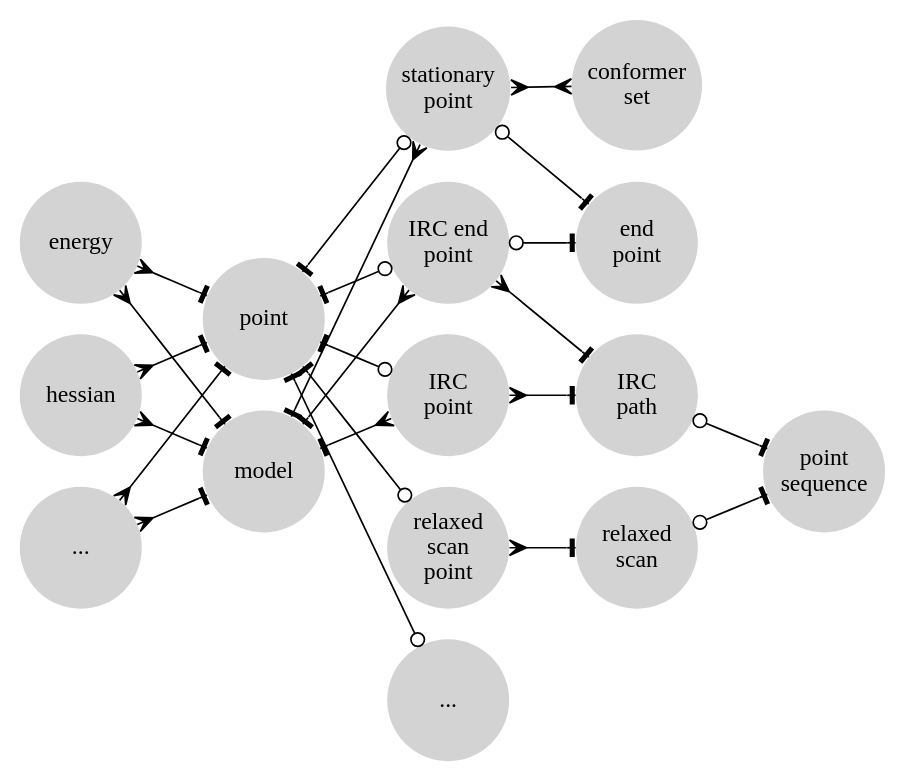
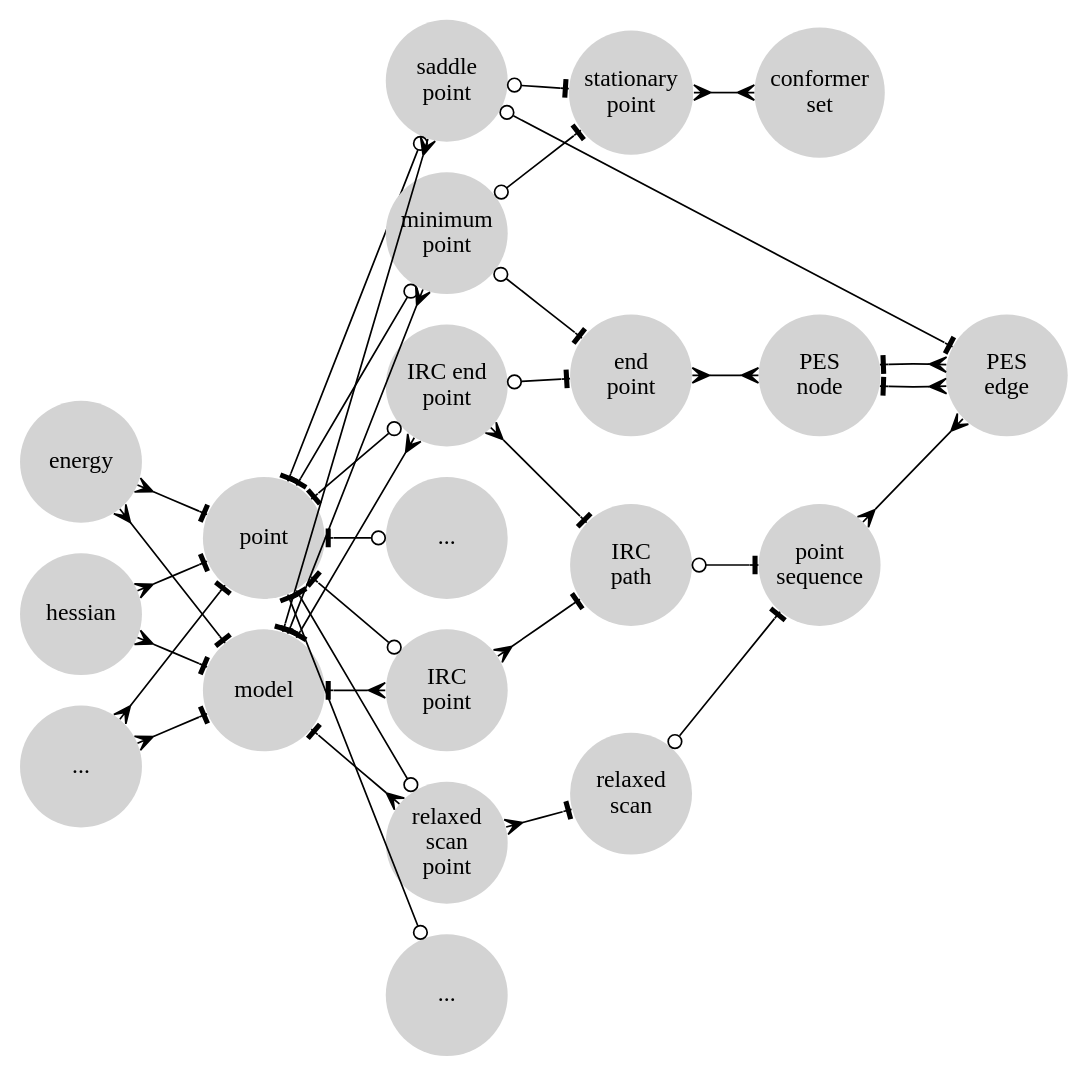
The diagram in schema-diagram/schema.dot (avcopan/graphics), drawn with Graphviz before and after one commit. The commit also changed 9 other files, not shown here.

```diff
--- a/schema-diagram/schema.dot
+++ b/schema-diagram/schema.dot
@@ -1,74 +1,90 @@
 digraph g {
 	graph [
 		fontname="Arial"
         rankdir="LR"
         ordering="out"
         // splines=curved
         splines=line
 	]
 	node [
 		style=filled
 		shape=circle
         penwidth=0
 		fontname="Ubuntu Mono"
         width=1
         margin=0
 	]
 
     # Layer 1a
     energy
     hessian
     etc1 [label="..."];
 
     # Layer 1b
     point
     model
 
     energy      -> point [arrowtail=crow; arrowhead=tee; dir=both]
     hessian     -> point [arrowtail=crow; arrowhead=tee; dir=both]
     etc1        -> point [arrowtail=crow; arrowhead=tee; dir=both]
 
     energy      -> model [arrowtail=crow; arrowhead=tee; dir=both]
     hessian     -> model [arrowtail=crow; arrowhead=tee; dir=both]
     etc1        -> model [arrowtail=crow; arrowhead=tee; dir=both]
 
     # Layer 2a
+    saddle_point [label="saddle\npoint"]
+    min_point [label="minimum\npoint"]
     stat_point [label="stationary\npoint"]
     irc_end_point [label="IRC end\npoint"]
     irc_point [label="IRC\npoint"]
     rel_scan_point [label="relaxed\nscan\npoint"]
     etc2 [label="..."]
+    etc3 [label="..."]
 
-    point -> stat_point     [arrowtail=tee; arrowhead=odot; dir=both]
+    point -> saddle_point   [arrowtail=tee; arrowhead=odot; dir=both]
+    point -> min_point      [arrowtail=tee; arrowhead=odot; dir=both]
     point -> irc_end_point  [arrowtail=tee; arrowhead=odot; dir=both]
+    point -> etc2           [arrowtail=tee; arrowhead=odot; dir=both]
     point -> irc_point      [arrowtail=tee; arrowhead=odot; dir=both]
-    point -> rel_scan_point   [arrowtail=tee; arrowhead=odot; dir=both]
-    point -> etc2           [arrowtail=tee; arrowhead=odot; dir=both]
+    point -> rel_scan_point [arrowtail=tee; arrowhead=odot; dir=both]
+    point -> etc3           [arrowtail=tee; arrowhead=odot; dir=both]
 
-    model -> stat_point     [arrowtail=tee; arrowhead=crow; dir=both]
+    model -> saddle_point   [arrowtail=tee; arrowhead=crow; dir=both]
+    model -> min_point      [arrowtail=tee; arrowhead=crow; dir=both]
     model -> irc_end_point  [arrowtail=tee; arrowhead=crow; dir=both]
     model -> irc_point      [arrowtail=tee; arrowhead=crow; dir=both]
-    model -> rel_scan_point   [style=invis]
-    model -> etc2           [style=invis]
+    model -> rel_scan_point [arrowtail=tee; arrowhead=crow; dir=both]
+    model -> etc3           [style=invis]
 
     # Layer 2b
     conf_set [label="conformer\nset"]
     irc_path [label="IRC\npath"]
     rel_scan [label="relaxed\nscan"]
 
     # Layer 2c
     end_point [label="end\npoint"]
     point_sequence [label="point\nsequence"]
 
-
-    stat_point -> conf_set      [arrowtail=crow; arrowhead=crow; dir=both]
-    stat_point -> end_point       [arrowtail=odot; arrowhead=tee; dir=both]
-    irc_end_point -> end_point    [arrowtail=odot; arrowhead=tee; dir=both]
+    saddle_point -> stat_point  [arrowtail=odot; arrowhead=tee; dir=both]
+    min_point -> stat_point     [arrowtail=odot; arrowhead=tee; dir=both]
+    min_point -> end_point      [arrowtail=odot; arrowhead=tee; dir=both]
+    irc_end_point -> end_point  [arrowtail=odot; arrowhead=tee; dir=both]
     irc_end_point -> irc_path   [arrowtail=crow; arrowhead=tee; dir=both]
     irc_point -> irc_path       [arrowtail=crow; arrowhead=tee; dir=both]
     rel_scan_point -> rel_scan  [arrowtail=crow; arrowhead=tee; dir=both]
     irc_path -> point_sequence  [arrowtail=odot; arrowhead=tee; dir=both]
     rel_scan -> point_sequence  [arrowtail=odot; arrowhead=tee; dir=both]
 
+    stat_point -> conf_set       [arrowtail=crow; arrowhead=crow; dir=both]
+
     # Layer 3
+    pes_node [label="PES\nnode"]
+    pes_edge [label="PES\nedge"]
+
+    end_point -> pes_node       [arrowtail=crow; arrowhead=crow; dir=both]
+    point_sequence -> pes_edge  [arrowtail=crow; arrowhead=crow; dir=both]
+    saddle_point -> pes_edge    [arrowtail=odot; arrowhead=tee; dir=both]
+    pes_node -> pes_edge        [arrowtail=tee; arrowhead=crow; dir=both]
+    pes_node -> pes_edge        [arrowtail=tee; arrowhead=crow; dir=both]
 }
```
